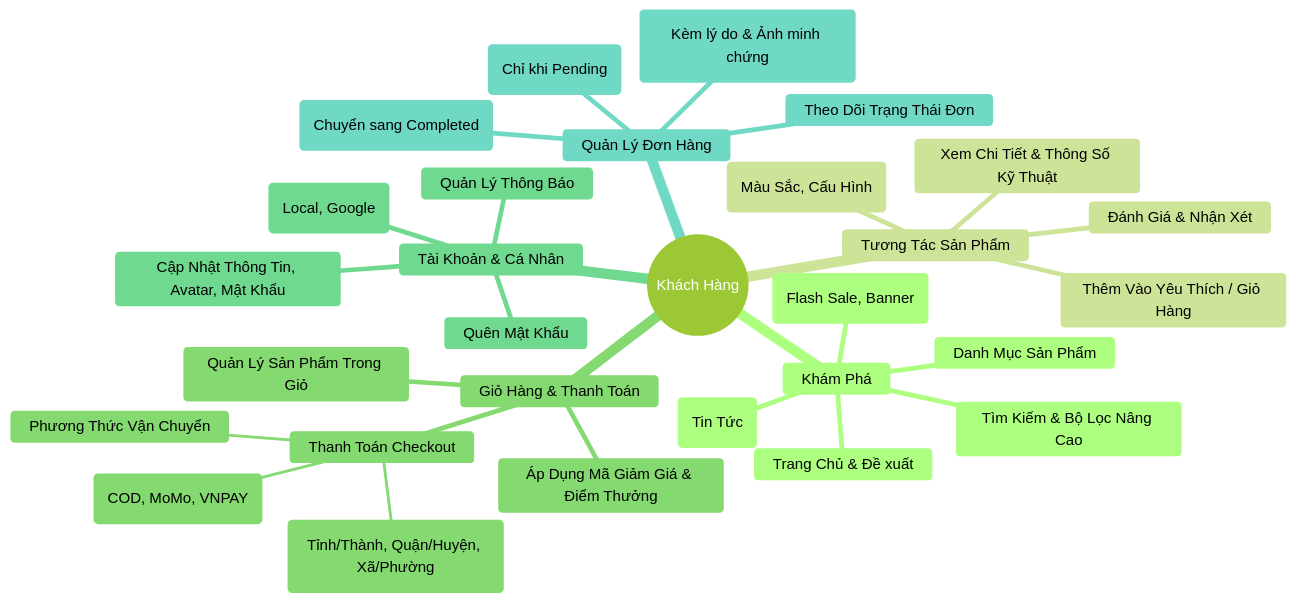
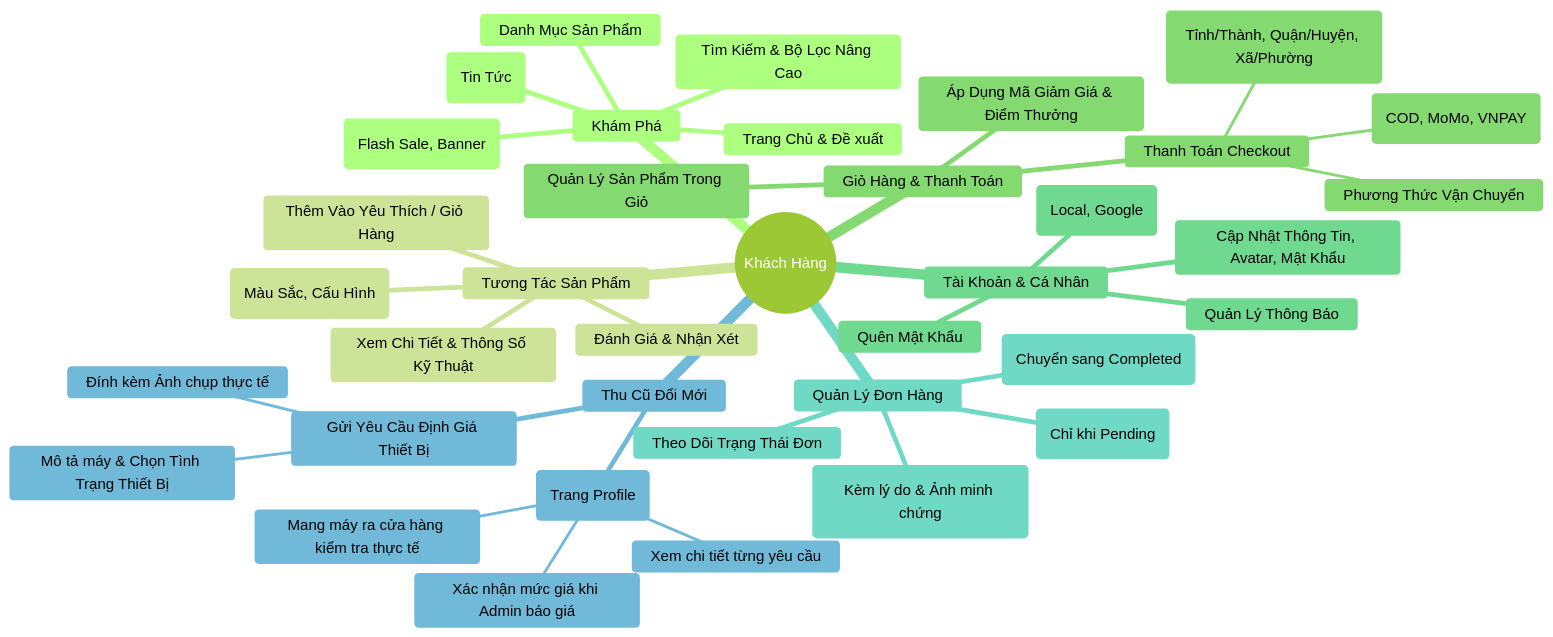
One commit to hoang07042005/E-Tech-Market changed the first of 10 diagrams in USER_FLOWS.md. Above: the diagram before and after it, drawn with Mermaid (forest theme). The commit also changed other lines of this file, not shown here.

````diff
--- a/USER_FLOWS.md
+++ b/USER_FLOWS.md
@@ -10,32 +10,40 @@
 ```mermaid
 mindmap
   root((Khách Hàng))
     Khám Phá
       Trang Chủ & Đề xuất
       Tìm Kiếm & Bộ Lọc Nâng Cao
       Danh Mục Sản Phẩm
       Chương Trình Khuyến Mãi (Flash Sale, Banner)
       Bài Viết Cập Nhật (Tin Tức)
     Tương Tác Sản Phẩm
       Xem Chi Tiết & Thông Số Kỹ Thuật
       Chọn Biến Thể (Màu Sắc, Cấu Hình)
       Đánh Giá & Nhận Xét
       Thêm Vào Yêu Thích / Giỏ Hàng
     Giỏ Hàng & Thanh Toán
       Quản Lý Sản Phẩm Trong Giỏ
       Áp Dụng Mã Giảm Giá & Điểm Thưởng
       Thanh Toán Checkout
         Chọn Địa Chỉ (Tỉnh/Thành, Quận/Huyện, Xã/Phường)
         Phương Thức Vận Chuyển
         Phương Thức Thanh Toán (COD, MoMo, VNPAY)
     Tài Khoản & Cá Nhân
       Đăng Nhập / Đăng Ký (Local, Google)
       Quên Mật Khẩu
       Cập Nhật Thông Tin, Avatar, Mật Khẩu
       Quản Lý Thông Báo
     Quản Lý Đơn Hàng
       Theo Dõi Trạng Thái Đơn
       Yêu Cầu Hủy Đơn (Chỉ khi Pending)
       Xác Nhận Đã Nhận Hàng (Chuyển sang Completed)
       Yêu Cầu Hoàn Trả (Kèm lý do & Ảnh minh chứng)
+    Thu Cũ Đổi Mới
+      Gửi Yêu Cầu Định Giá Thiết Bị
+        Mô tả máy & Chọn Tình Trạng Thiết Bị
+        Đính kèm Ảnh chụp thực tế
+      Lịch Sử Yêu Cầu (Trang Profile)
+        Xem chi tiết từng yêu cầu
+        Xác nhận mức giá khi Admin báo giá
+        Mang máy ra cửa hàng kiểm tra thực tế
 ```
````
